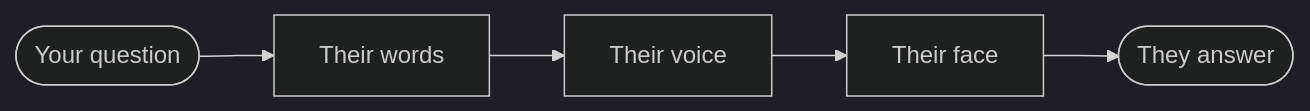
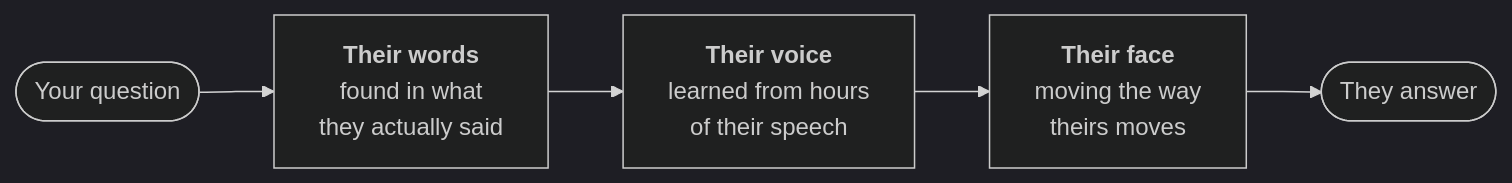
Before and after one commit to pavanteja295/alive: the diagram in README.md, drawn with Mermaid (dark theme). The commit also changed other lines of this file, not shown here.

Commit message:
README: short phrases for each step and what makes it different

````diff
--- a/README.md
+++ b/README.md
@@ -8,4 +8,7 @@
 ```mermaid
 flowchart LR
-    Q([Your question]) --> A[Their words] --> V[Their voice] --> F[Their face] --> W([They answer])
+    Q([Your question]) --> A["<b>Their words</b><br/>found in what<br/>they actually said"]
+    A --> V["<b>Their voice</b><br/>learned from hours<br/>of their speech"]
+    V --> F["<b>Their face</b><br/>moving the way<br/>theirs moves"]
+    F --> W([They answer])
 ```
````
